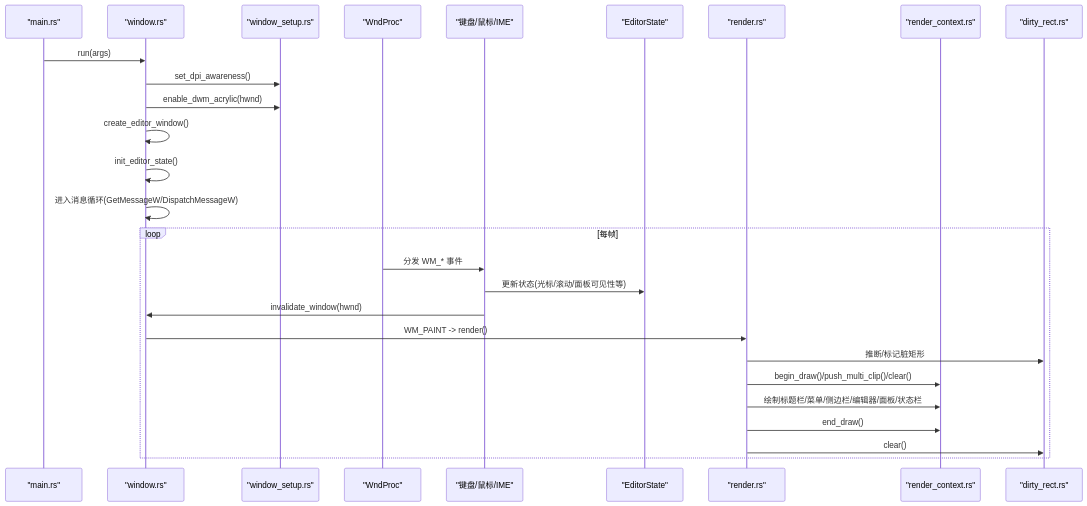
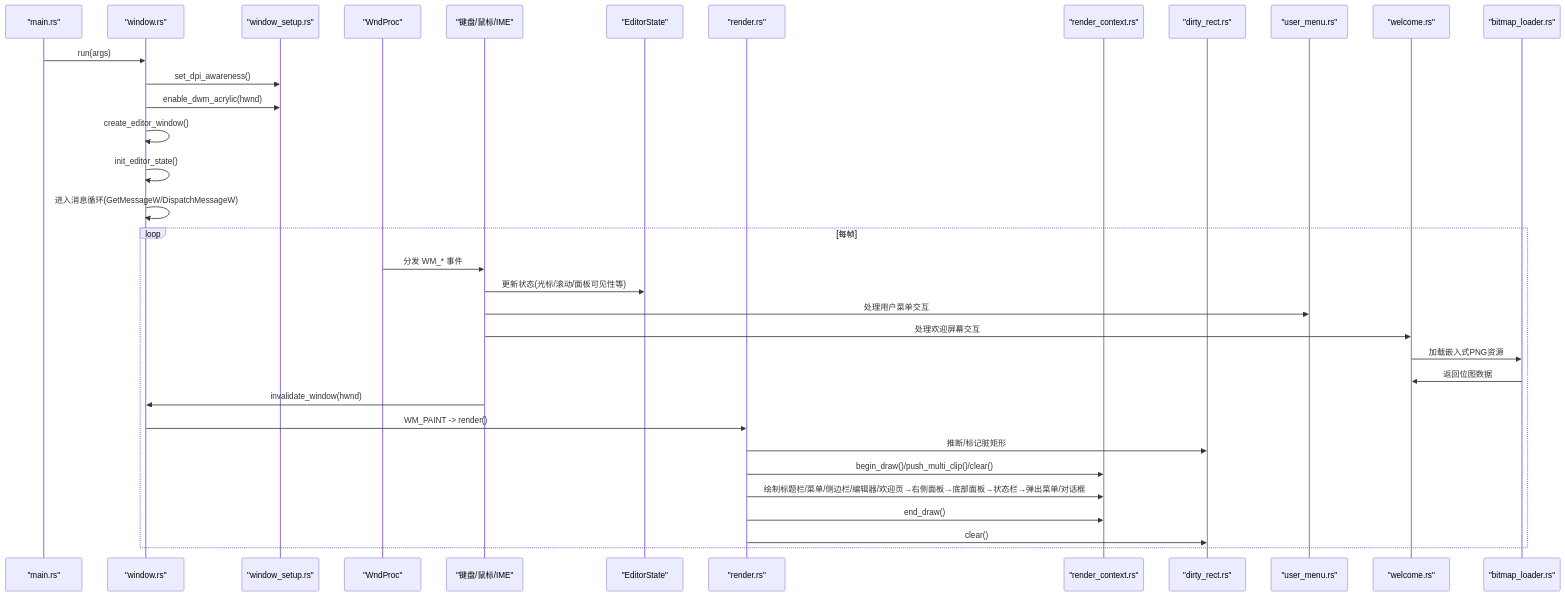
Before and after one commit to songdiyang/AetherStudio: the second of 9 diagrams in .qoder/repowiki/zh/content/UI 系统/UI 系统.md, drawn with Mermaid. The commit also changed other lines of this file and 5 other files, not shown here.

````diff
--- a/.qoder/repowiki/zh/content/UI 系统/UI 系统.md
+++ b/.qoder/repowiki/zh/content/UI 系统/UI 系统.md
@@ -129,29 +152,36 @@
 ```mermaid
 sequenceDiagram
 participant Main as "main.rs"
 participant Win as "window.rs"
 participant Setup as "window_setup.rs"
 participant Proc as "WndProc"
 participant Input as "键盘/鼠标/IME"
 participant State as "EditorState"
 participant Render as "render.rs"
 participant RCtx as "render_context.rs"
 participant Dirty as "dirty_rect.rs"
+participant UserMenu as "user_menu.rs"
+participant Welcome as "welcome.rs"
+participant Bitmap as "bitmap_loader.rs"
 Main->>Win : run(args)
 Win->>Setup : set_dpi_awareness()
 Win->>Setup : enable_dwm_acrylic(hwnd)
 Win->>Win : create_editor_window()
 Win->>Win : init_editor_state()
 Win->>Win : 进入消息循环(GetMessageW/DispatchMessageW)
 loop 每帧
 Proc->>Input : 分发 WM_* 事件
 Input->>State : 更新状态(光标/滚动/面板可见性等)
+Input->>UserMenu : 处理用户菜单交互
+Input->>Welcome : 处理欢迎屏幕交互
+Welcome->>Bitmap : 加载嵌入式PNG资源
+Bitmap->>Welcome : 返回位图数据
 Input->>Win : invalidate_window(hwnd)
 Win->>Render : WM_PAINT -> render()
 Render->>Dirty : 推断/标记脏矩形
 Render->>RCtx : begin_draw()/push_multi_clip()/clear()
-Render->>RCtx : 绘制标题栏/菜单/侧边栏/编辑器/面板/状态栏
+Render->>RCtx : 绘制标题栏/菜单/侧边栏/编辑器/欢迎页→右侧面板→底部面板→状态栏→弹出菜单/对话框
 Render->>RCtx : end_draw()
 Render->>Dirty : clear()
 end
 ```
````
